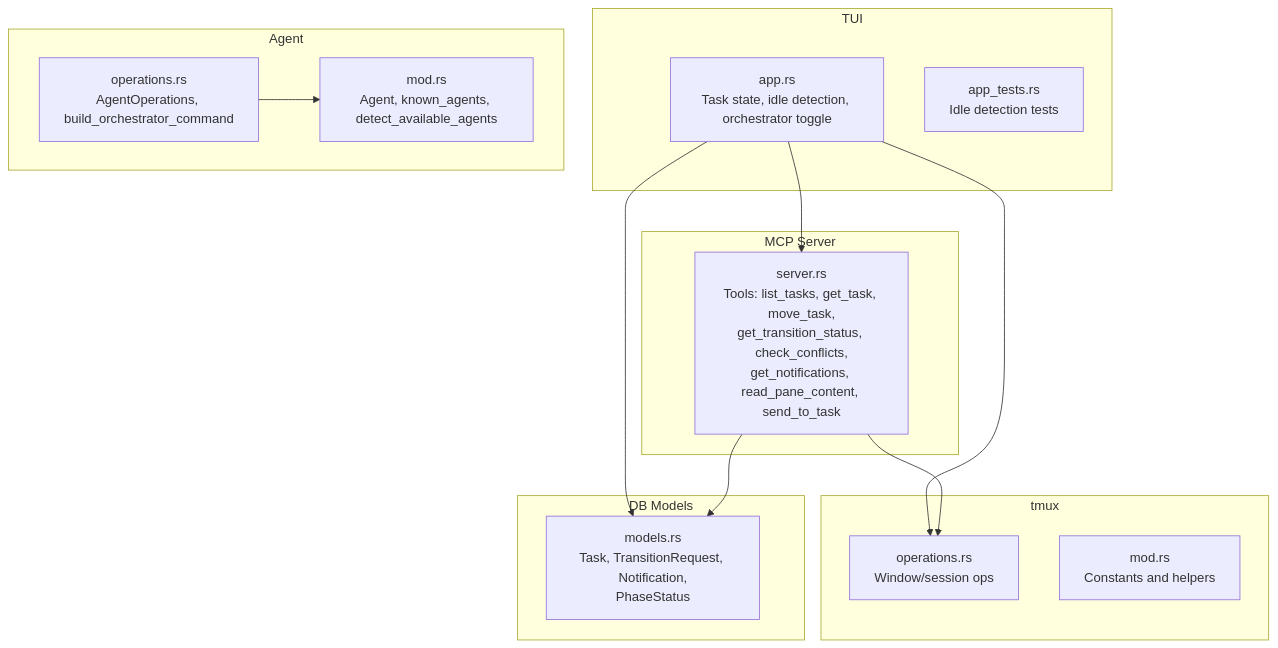
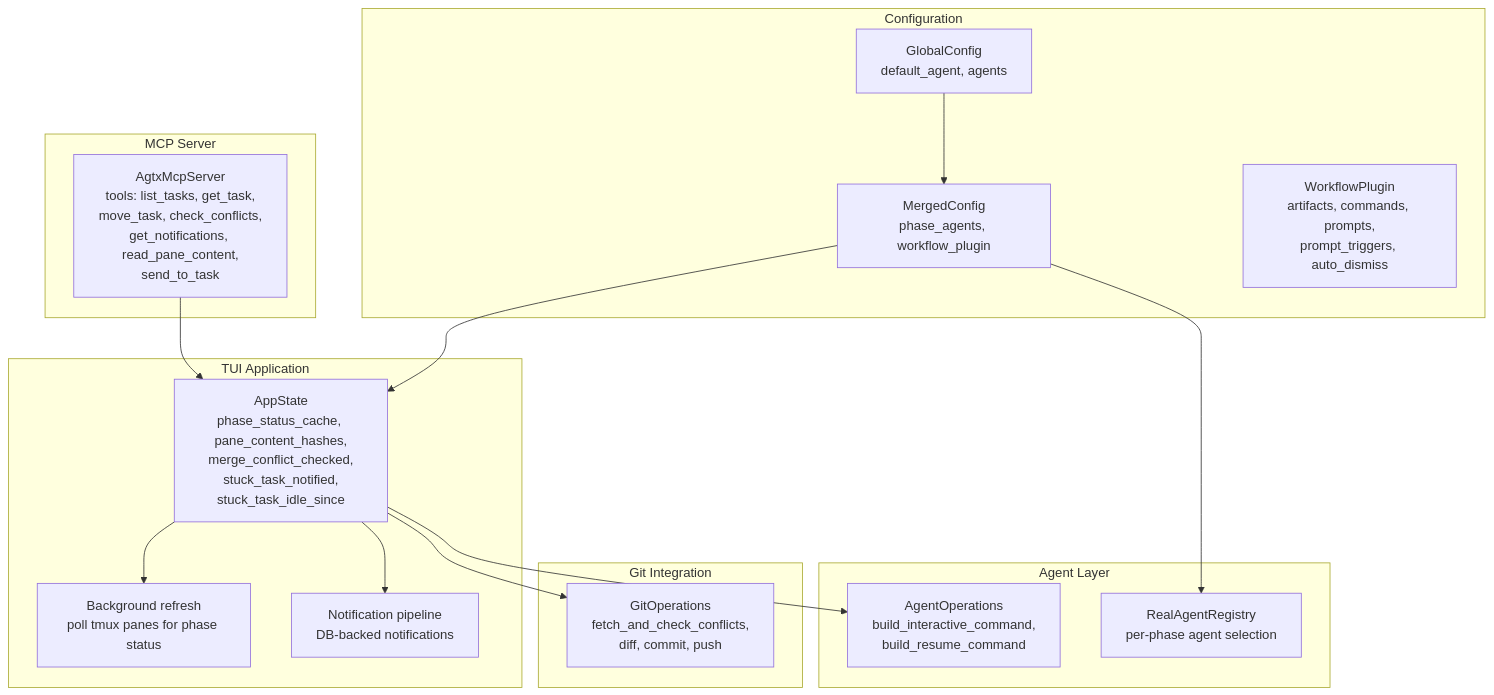
One commit to bramburn/agtx changed the first of 7 diagrams in .qoder/repowiki/en/content/Advanced Features/Orchestrator Agent.md. Above: the diagram before and after it, drawn with Mermaid. The commit also changed other lines of this file and 140 other files, not shown here.

````diff
--- a/.qoder/repowiki/en/content/Advanced Features/Orchestrator Agent.md
+++ b/.qoder/repowiki/en/content/Advanced Features/Orchestrator Agent.md
@@ -39,27 +36,31 @@
 ```mermaid
 graph TB
-subgraph "TUI"
-APP["app.rs<br/>Task state, idle detection, orchestrator toggle"]
-TESTS["app_tests.rs<br/>Idle detection tests"]
+subgraph "MCP Server"
+S1["AgtxMcpServer<br/>tools: list_tasks, get_task,<br/>move_task, check_conflicts,<br/>get_notifications, read_pane_content,<br/>send_to_task"]
 end
-subgraph "MCP Server"
-MCP["server.rs<br/>Tools: list_tasks, get_task, move_task,<br/>get_transition_status, check_conflicts,<br/>get_notifications, read_pane_content, send_to_task"]
+subgraph "TUI Application"
+T1["AppState<br/>phase_status_cache, pane_content_hashes,<br/>merge_conflict_checked,<br/>stuck_task_notified,<br/>stuck_task_idle_since"]
+T2["Background refresh<br/>poll tmux panes for phase status"]
+T3["Notification pipeline<br/>DB-backed notifications"]
 end
-subgraph "tmux"
-OPS["operations.rs<br/>Window/session ops"]
-MOD["mod.rs<br/>Constants and helpers"]
+subgraph "Configuration"
+C1["GlobalConfig<br/>default_agent, agents"]
+C2["MergedConfig<br/>phase_agents, workflow_plugin"]
+C3["WorkflowPlugin<br/>artifacts, commands, prompts,<br/>prompt_triggers, auto_dismiss"]
 end
-subgraph "DB Models"
-MODELS["models.rs<br/>Task, TransitionRequest, Notification,<br/>PhaseStatus"]
+subgraph "Agent Layer"
+A1["AgentOperations<br/>build_interactive_command,<br/>build_resume_command"]
+A2["RealAgentRegistry<br/>per-phase agent selection"]
 end
-subgraph "Agent"
-AGOPS["operations.rs<br/>AgentOperations, build_orchestrator_command"]
-AGMOD["mod.rs<br/>Agent, known_agents, detect_available_agents"]
+subgraph "Git Integration"
+G1["GitOperations<br/>fetch_and_check_conflicts,<br/>diff, commit, push"]
 end
-APP --> MCP
-APP --> OPS
-APP --> MODELS
-MCP --> MODELS
-MCP --> OPS
-AGOPS --> AGMOD
+S1 --> T1
+T1 --> T2
+T1 --> T3
+T1 --> A1
+T1 --> G1
+C1 --> C2
+C2 --> A2
+C2 --> T1
 ```
````
